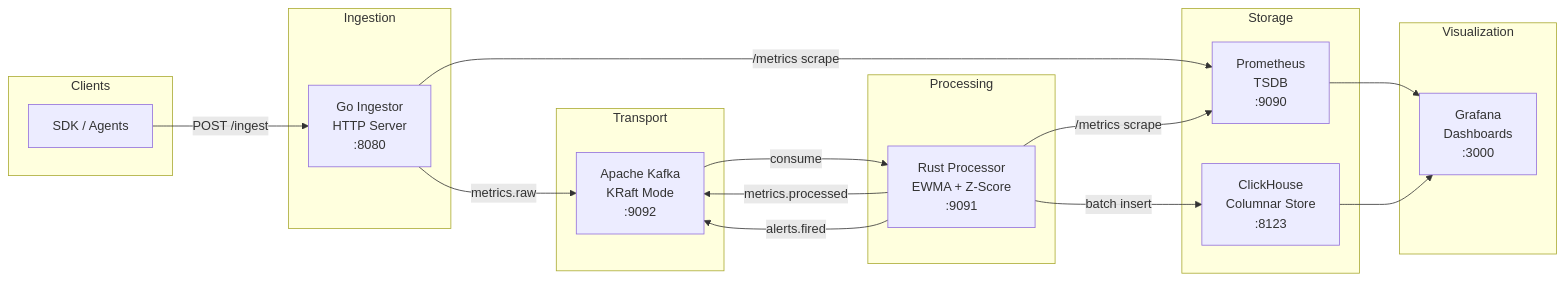
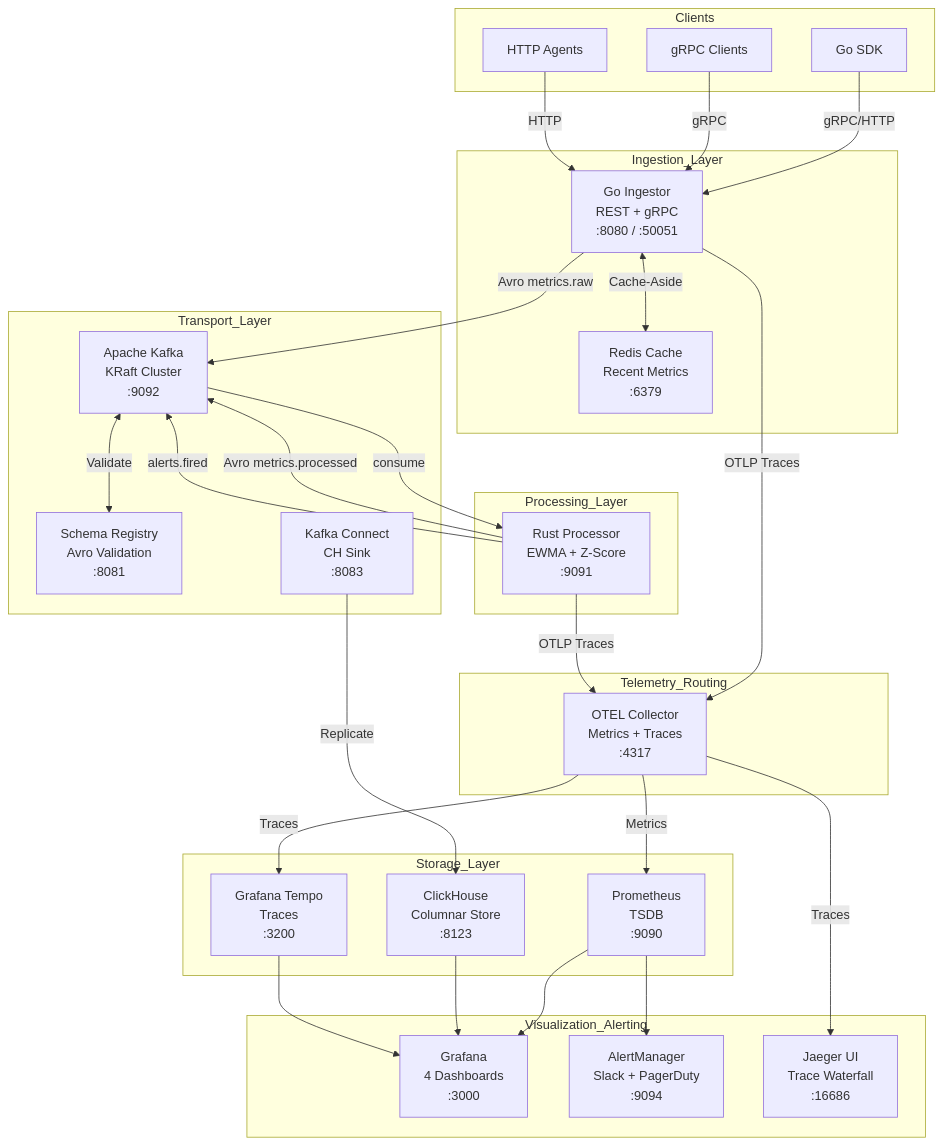
Before and after one commit to KevinKattakayam/datadog: the diagram in README.md, drawn with Mermaid. The commit also changed other lines of this file and 20 other files, not shown here.

First line of the commit message:
feat: complete blueprint — gRPC server, multi-tenancy, circuit breaker, Redis tests, Kafka Connect deploy

````diff
--- a/README.md
+++ b/README.md
@@ -13,33 +9,59 @@
 ```mermaid
-flowchart LR
+flowchart TD
     subgraph Clients
-        A[SDK / Agents]
+        A1[Go SDK]
+        A2[gRPC Clients]
+        A3[HTTP Agents]
     end
-    subgraph Ingestion
-        B[Go Ingestor<br/>HTTP Server<br/>:8080]
+
+    subgraph Ingestion_Layer
+        B[Go Ingestor<br/>REST + gRPC<br/>:8080 / :50051]
+        R[Redis Cache<br/>Recent Metrics<br/>:6379]
     end
-    subgraph Transport
-        C[Apache Kafka<br/>KRaft Mode<br/>:9092]
+
+    subgraph Transport_Layer
+        C[Apache Kafka<br/>KRaft Cluster<br/>:9092]
+        SR[Schema Registry<br/>Avro Validation<br/>:8081]
+        KC[Kafka Connect<br/>CH Sink<br/>:8083]
     end
-    subgraph Processing
+
+    subgraph Processing_Layer
         D[Rust Processor<br/>EWMA + Z-Score<br/>:9091]
     end
-    subgraph Storage
+
+    subgraph Storage_Layer
         E[ClickHouse<br/>Columnar Store<br/>:8123]
         F[Prometheus<br/>TSDB<br/>:9090]
-    end
-    subgraph Visualization
-        G[Grafana<br/>Dashboards<br/>:3000]
+        T[Grafana Tempo<br/>Traces<br/>:3200]
     end
 
-    A -->|POST /ingest| B
-    B -->|metrics.raw| C
+    subgraph Telemetry_Routing
+        OC[OTEL Collector<br/>Metrics + Traces<br/>:4317]
+    end
+
+    subgraph Visualization_Alerting
+        G[Grafana<br/>4 Dashboards<br/>:3000]
+        AM[AlertManager<br/>Slack + PagerDuty<br/>:9094]
+        J[Jaeger UI<br/>Trace Waterfall<br/>:16686]
+    end
+
+    A1 -->|gRPC/HTTP| B
+    A2 -->|gRPC| B
+    A3 -->|HTTP| B
+    B <-->|Cache-Aside| R
+    B -->|OTLP Traces| OC
+    B -->|Avro metrics.raw| C
+    C <-->|Validate| SR
     C -->|consume| D
-    D -->|batch insert| E
-    D -->|metrics.processed| C
+    D -->|OTLP Traces| OC
+    D -->|Avro metrics.processed| C
     D -->|alerts.fired| C
-    B -->|/metrics scrape| F
-    D -->|/metrics scrape| F
+    OC -->|Traces| T
+    OC -->|Traces| J
+    OC -->|Metrics| F
+    KC -->|Replicate| E
     F --> G
     E --> G
+    T --> G
+    F --> AM
 ```
````
